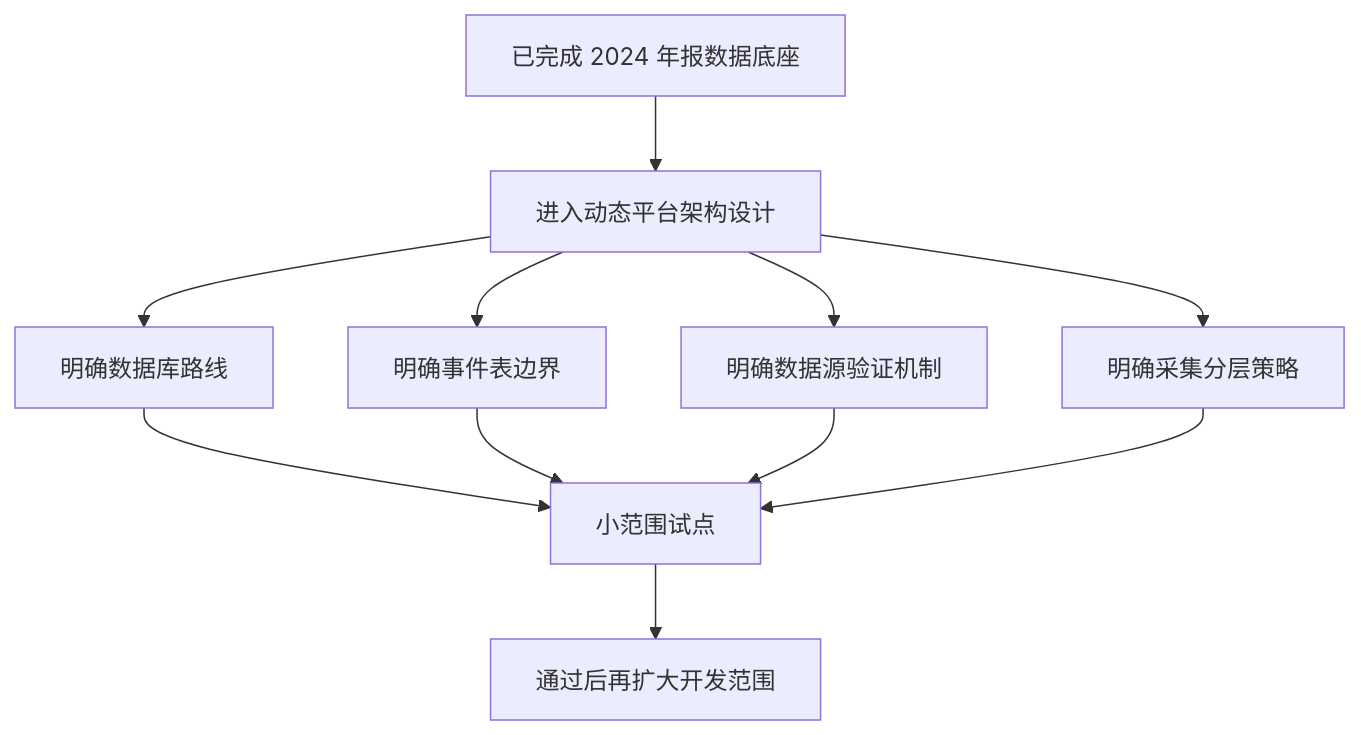
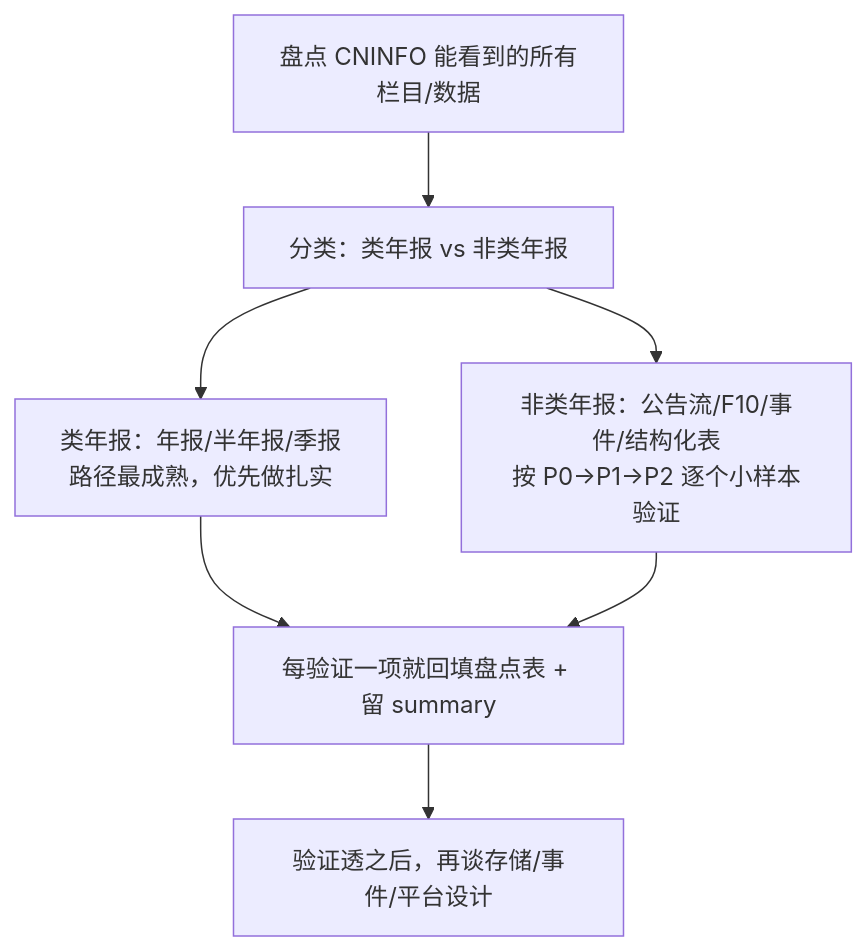
One commit to reagan-nz/listed-company-data-platform changed the diagram in CURRENT_STATUS.md. Above: the diagram before and after it, drawn with Mermaid. The commit also changed other lines of this file and 3 other files, not shown here.

````diff
--- a/CURRENT_STATUS.md
+++ b/CURRENT_STATUS.md
@@ -23,13 +23,9 @@
 ```mermaid
 flowchart TD
-    A[已完成 2024 年报数据底座] --> B[进入动态平台架构设计]
-    B --> C[明确数据库路线]
-    B --> D[明确事件表边界]
-    B --> E[明确数据源验证机制]
-    B --> F[明确采集分层策略]
-    C --> G[小范围试点]
-    D --> G
-    E --> G
-    F --> G
-    G --> H[通过后再扩大开发范围]
+    A[盘点 CNINFO 能看到的所有栏目/数据] --> B[分类：类年报 vs 非类年报]
+    B --> C[类年报：年报/半年报/季报<br/>路径最成熟，优先做扎实]
+    B --> D[非类年报：公告流/F10/事件/结构化表<br/>按 P0→P1→P2 逐个小样本验证]
+    C --> E[每验证一项就回填盘点表 + 留 summary]
+    D --> E
+    E --> F[验证透之后，再谈存储/事件/平台设计]
 ```
````
